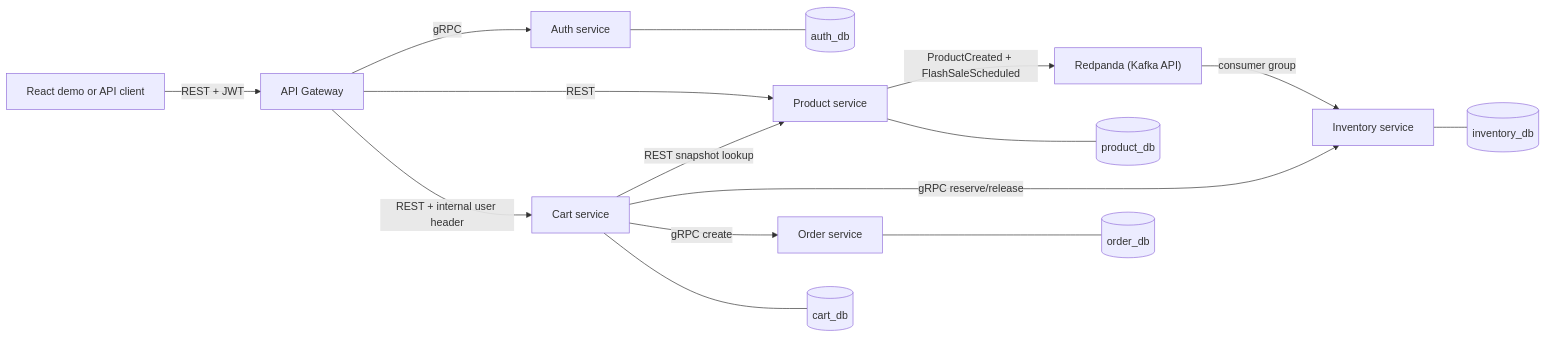
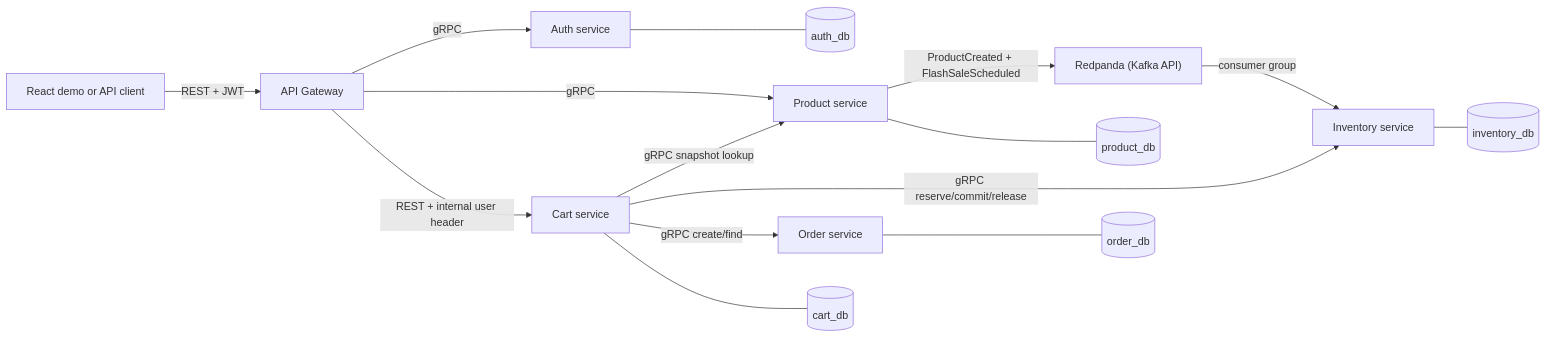
Before and after one commit to kiettle/e-commerce-clone: the diagram in README.md, drawn with Mermaid. The commit also changed other lines of this file and 42 other files, not shown here.

Commit message:
feat: edit grpc to product service

````diff
--- a/README.md
+++ b/README.md
@@ -28,18 +28,18 @@
 ```mermaid
 flowchart LR
     Browser["React demo or API client"] -->|REST + JWT| Gateway["API Gateway"]
     Gateway -->|gRPC| Auth["Auth service"]
-    Gateway -->|REST| Product["Product service"]
+    Gateway -->|gRPC| Product["Product service"]
     Gateway -->|REST + internal user header| Cart["Cart service"]
-    Cart -->|REST snapshot lookup| Product
-    Cart -->|gRPC reserve/release| Inventory["Inventory service"]
-    Cart -->|gRPC create| Order["Order service"]
+    Cart -->|gRPC snapshot lookup| Product
+    Cart -->|gRPC reserve/commit/release| Inventory["Inventory service"]
+    Cart -->|gRPC create/find| Order["Order service"]
     Product -->|ProductCreated + FlashSaleScheduled| Kafka["Redpanda (Kafka API)"]
     Kafka -->|consumer group| Inventory
 
     Auth --- AuthDb[("auth_db")]
     Product --- ProductDb[("product_db")]
     Cart --- CartDb[("cart_db")]
     Inventory --- InventoryDb[("inventory_db")]
     Order --- OrderDb[("order_db")]
 ```
````
